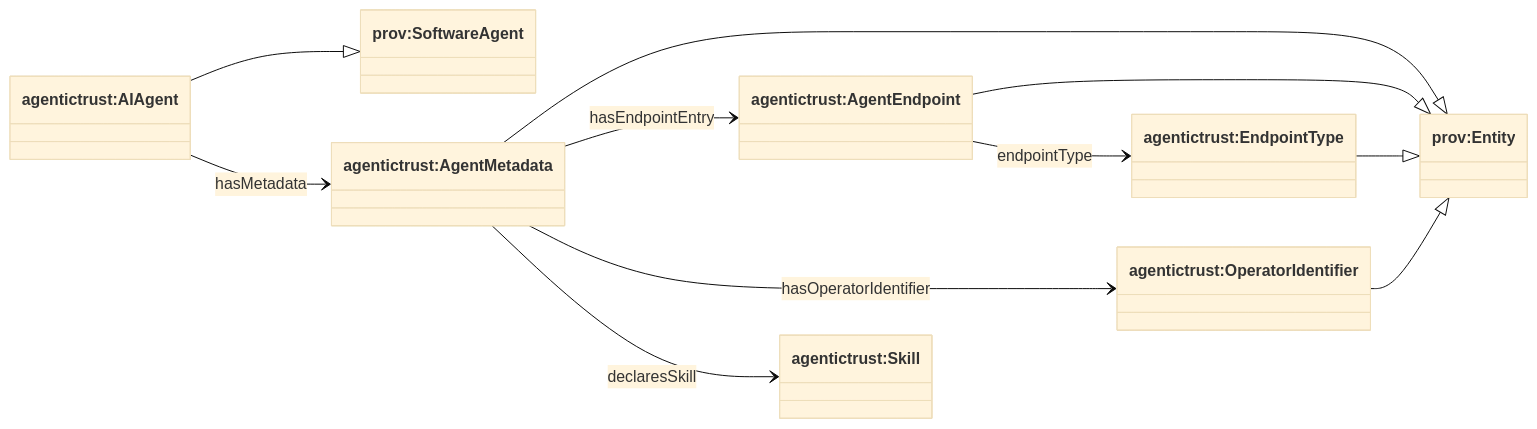
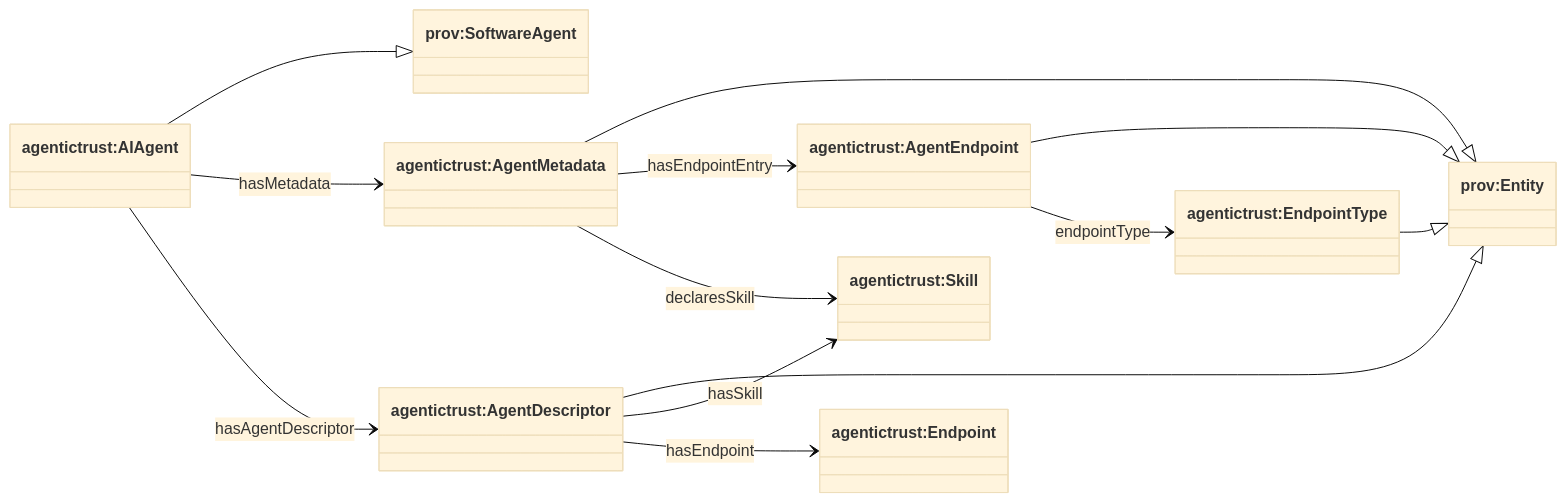
Before and after one commit to Agentic-Trust-Layer/agent-explorer: the second of 2 diagrams in docs/ontology/agentictrust-overview.md, drawn with Mermaid (base theme). The commit also changed 4 other files, not shown here.

````diff
--- a/docs/ontology/agentictrust-overview.md
+++ b/docs/ontology/agentictrust-overview.md
@@ -84,26 +84,29 @@
 ```mermaid
 classDiagram
 direction LR
 
 class provSoftwareAgent["prov:SoftwareAgent"]
 class provEntity["prov:Entity"]
 
 class AIAgent["agentictrust:AIAgent"]
 class AgentMetadata["agentictrust:AgentMetadata"]
+class AgentDescriptor["agentictrust:AgentDescriptor"]
 class AgentEndpoint["agentictrust:AgentEndpoint"]
-class OperatorIdentifier["agentictrust:OperatorIdentifier"]
 class EndpointType["agentictrust:EndpointType"]
 
 AIAgent --|> provSoftwareAgent
 AgentMetadata --|> provEntity
+AgentDescriptor --|> provEntity
 AgentEndpoint --|> provEntity
-OperatorIdentifier --|> provEntity
 EndpointType --|> provEntity
 
 AIAgent --> AgentMetadata : hasMetadata
+AIAgent --> AgentDescriptor : hasAgentDescriptor
 AgentMetadata --> AgentEndpoint : hasEndpointEntry
 AgentEndpoint --> EndpointType : endpointType
-AgentMetadata --> OperatorIdentifier : hasOperatorIdentifier
 AgentMetadata --> Skill : declaresSkill
+AgentDescriptor --> Skill : hasSkill
+AgentDescriptor --> Endpoint : hasEndpoint
 class Skill["agentictrust:Skill"]
+class Endpoint["agentictrust:Endpoint"]
 ```
````
